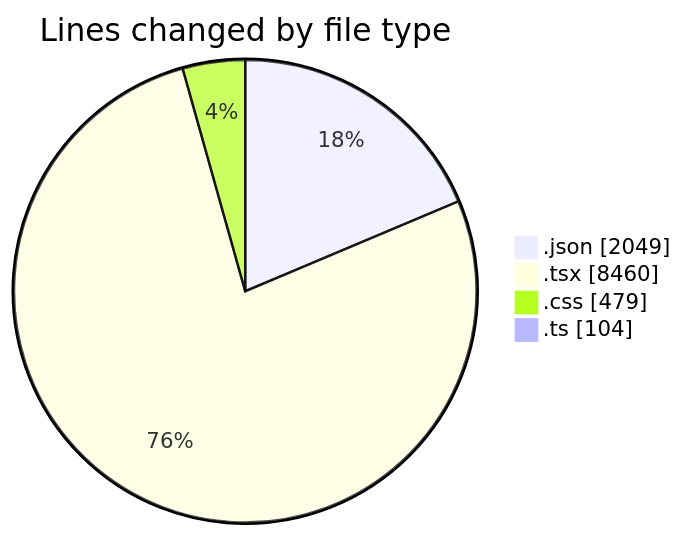
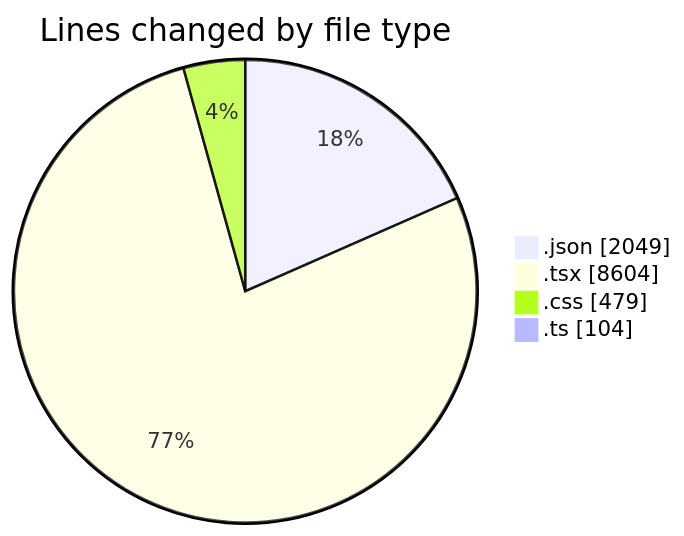
Before and after one commit to EIIisD/code-tracking: the first of 2 diagrams in 2025-08-14/ribbon/README.md, drawn with Mermaid. The commit also changed other lines of this file and 1 other file, not shown here.

````diff
--- a/2025-08-14/ribbon/README.md
+++ b/2025-08-14/ribbon/README.md
@@ -34,8 +34,8 @@
 ```mermaid
 pie showData
 title Lines changed by file type
 ".json" : 2049
-".tsx" : 8460
+".tsx" : 8604
 ".css" : 479
 ".ts" : 104
 ```
````
